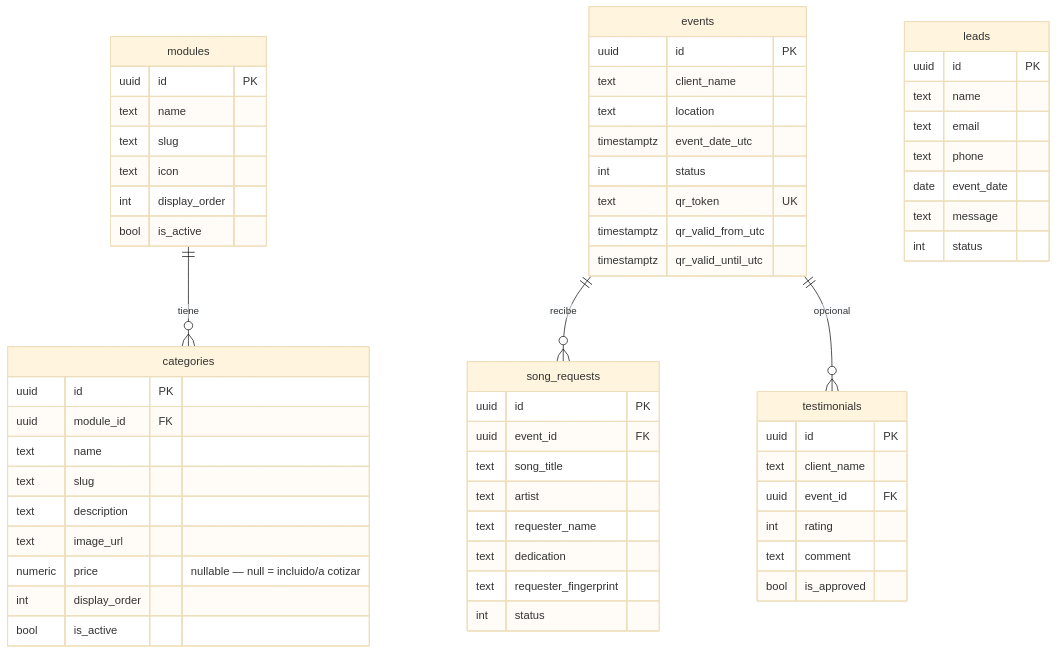
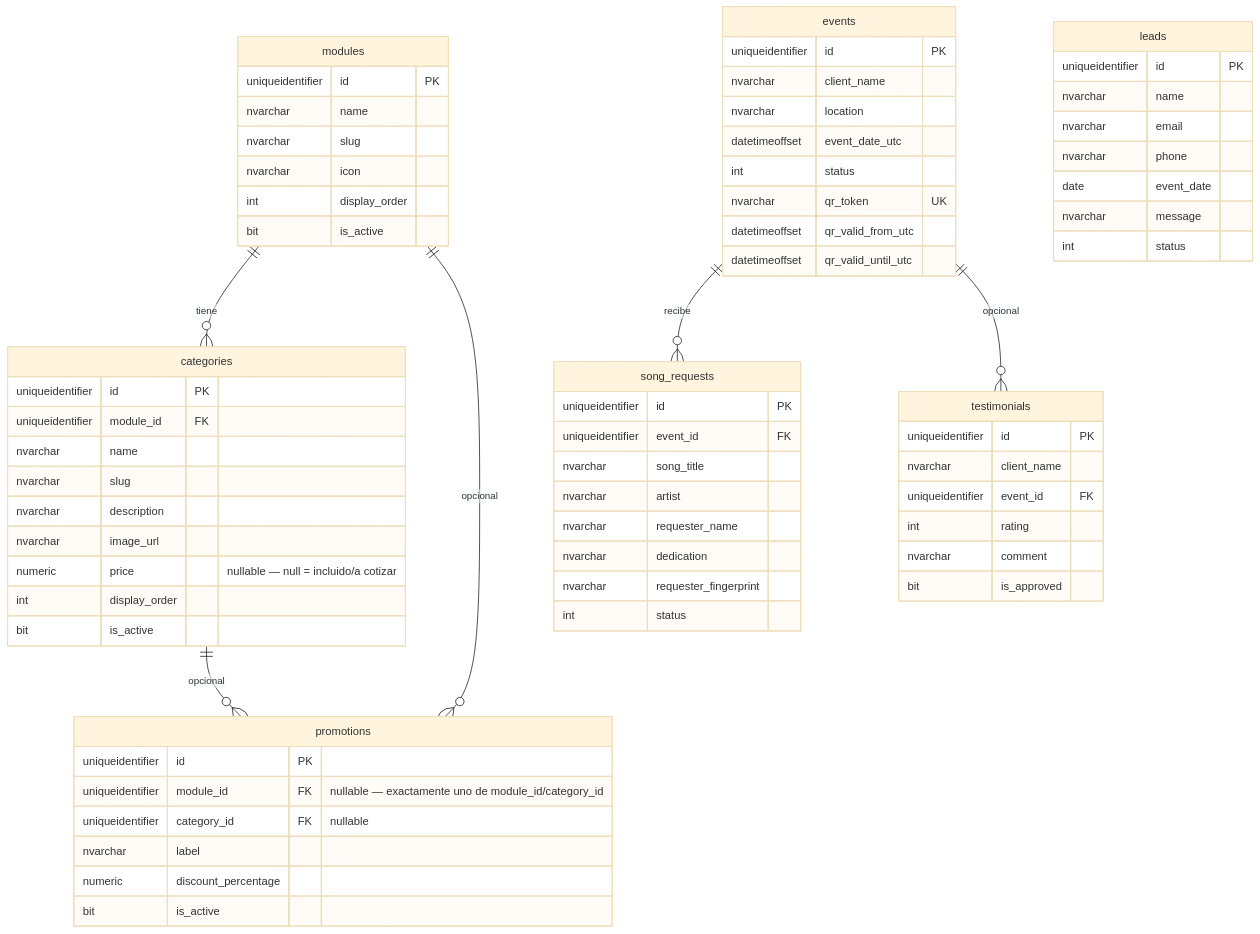
Before and after one commit to jfrodriguezva/DjMrkos: the diagram in docs/DATABASE.md, drawn with Mermaid (base theme). The commit also changed other lines of this file and 77 other files, not shown here.

````diff
--- a/docs/DATABASE.md
+++ b/docs/DATABASE.md
@@ -7,63 +7,73 @@
 ```mermaid
 erDiagram
     modules ||--o{ categories : "tiene"
     events ||--o{ song_requests : "recibe"
     events ||--o{ testimonials : "opcional"
+    modules ||--o{ promotions : "opcional"
+    categories ||--o{ promotions : "opcional"
 
     modules {
-        uuid id PK
-        text name
-        text slug
-        text icon
+        uniqueidentifier id PK
+        nvarchar name
+        nvarchar slug
+        nvarchar icon
         int display_order
-        bool is_active
+        bit is_active
     }
     categories {
-        uuid id PK
-        uuid module_id FK
-        text name
-        text slug
-        text description
-        text image_url
+        uniqueidentifier id PK
+        uniqueidentifier module_id FK
+        nvarchar name
+        nvarchar slug
+        nvarchar description
+        nvarchar image_url
         numeric price "nullable — null = incluido/a cotizar"
         int display_order
-        bool is_active
+        bit is_active
     }
     events {
-        uuid id PK
-        text client_name
-        text location
-        timestamptz event_date_utc
+        uniqueidentifier id PK
+        nvarchar client_name
+        nvarchar location
+        datetimeoffset event_date_utc
         int status
-        text qr_token UK
-        timestamptz qr_valid_from_utc
-        timestamptz qr_valid_until_utc
+        nvarchar qr_token UK
+        datetimeoffset qr_valid_from_utc
+        datetimeoffset qr_valid_until_utc
     }
     song_requests {
-        uuid id PK
-        uuid event_id FK
-        text song_title
-        text artist
-        text requester_name
-        text dedication
-        text requester_fingerprint
+        uniqueidentifier id PK
+        uniqueidentifier event_id FK
+        nvarchar song_title
+        nvarchar artist
+        nvarchar requester_name
+        nvarchar dedication
+        nvarchar requester_fingerprint
         int status
     }
     testimonials {
-        uuid id PK
-        text client_name
-        uuid event_id FK
+        uniqueidentifier id PK
+        nvarchar client_name
+        uniqueidentifier event_id FK
         int rating
-        text comment
-        bool is_approved
+        nvarchar comment
+        bit is_approved
     }
     leads {
-        uuid id PK
-        text name
-        text email
-        text phone
+        uniqueidentifier id PK
+        nvarchar name
+        nvarchar email
+        nvarchar phone
         date event_date
-        text message
+        nvarchar message
         int status
     }
+    promotions {
+        uniqueidentifier id PK
+        uniqueidentifier module_id FK "nullable — exactamente uno de module_id/category_id"
+        uniqueidentifier category_id FK "nullable"
+        nvarchar label
+        numeric discount_percentage
+        bit is_active
+    }
 ```
````
